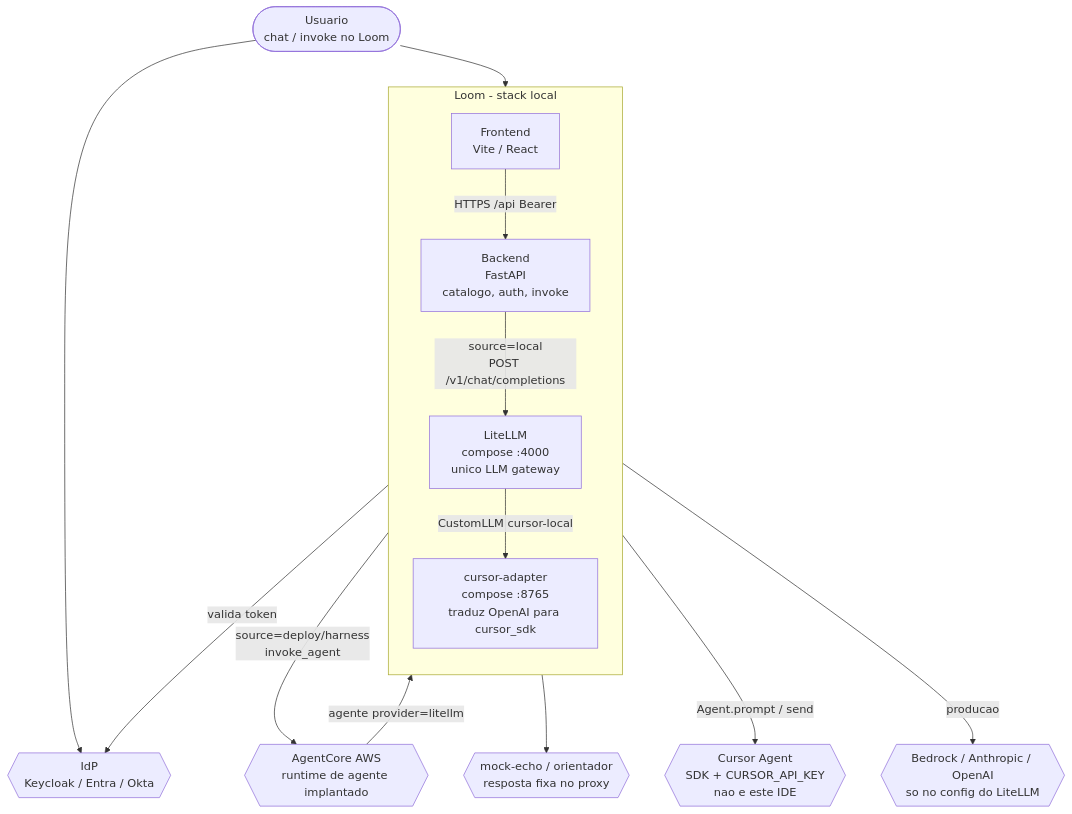
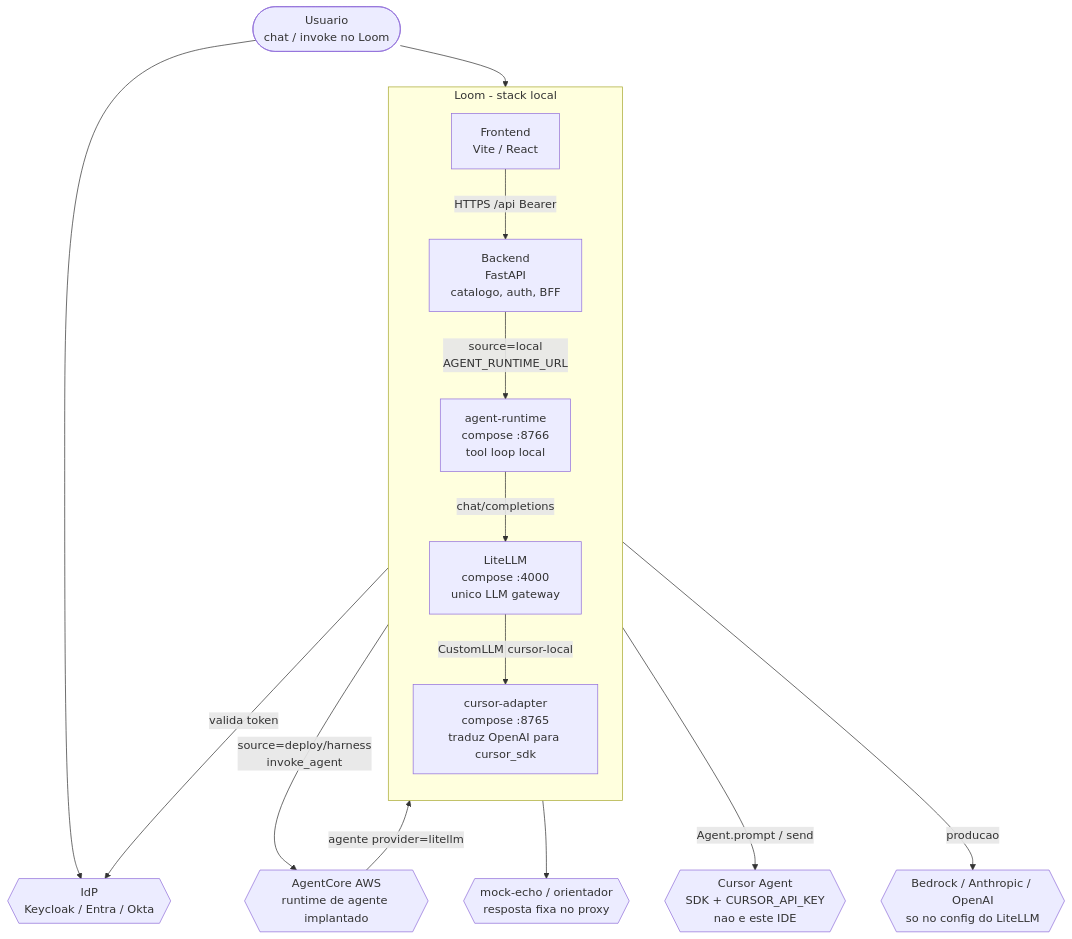
Before and after one commit to awslabs/loom: the first of 2 diagrams in docs/adr/0003-litellm-as-llm-gateway.md, drawn with Mermaid. The commit also changed other lines of this file and 19 other files, not shown here.

First line of the commit message:
feat: cursor-local planner mode with agent-runtime owning MCP

````diff
--- a/docs/adr/0003-litellm-as-llm-gateway.md
+++ b/docs/adr/0003-litellm-as-llm-gateway.md
@@ -74,30 +75,32 @@
 ```mermaid
 flowchart TB
   user(["Usuario<br/>chat / invoke no Loom"])
 
   subgraph loom["Loom - stack local"]
     direction TB
     fe["Frontend<br/>Vite / React"]
-    be["Backend<br/>FastAPI<br/>catalogo, auth, invoke"]
+    be["Backend<br/>FastAPI<br/>catalogo, auth, BFF"]
+    ar["agent-runtime<br/>compose :8766<br/>tool loop local"]
     litellm["LiteLLM<br/>compose :4000<br/>unico LLM gateway"]
     adapter["cursor-adapter<br/>compose :8765<br/>traduz OpenAI para cursor_sdk"]
   end
 
   idp{{"IdP<br/>Keycloak / Entra / Okta"}}
   mock{{"mock-echo / orientador<br/>resposta fixa no proxy"}}
   cursor{{"Cursor Agent<br/>SDK + CURSOR_API_KEY<br/>nao e este IDE"}}
   vendors{{"Bedrock / Anthropic / OpenAI<br/>so no config do LiteLLM"}}
   ac{{"AgentCore AWS<br/>runtime de agente implantado"}}
 
   user --> fe
   user --> idp
   fe -->|"HTTPS /api Bearer"| be
   be -->|"valida token"| idp
-  be -->|"source=local<br/>POST /v1/chat/completions"| litellm
+  be -->|"source=local<br/>AGENT_RUNTIME_URL"| ar
+  ar -->|"chat/completions"| litellm
   be -->|"source=deploy/harness<br/>invoke_agent"| ac
   ac -->|"agente provider=litellm"| litellm
   litellm --> mock
   litellm -->|"CustomLLM cursor-local"| adapter
   adapter -->|"Agent.prompt / send"| cursor
   litellm -->|"producao"| vendors
 ```
````
